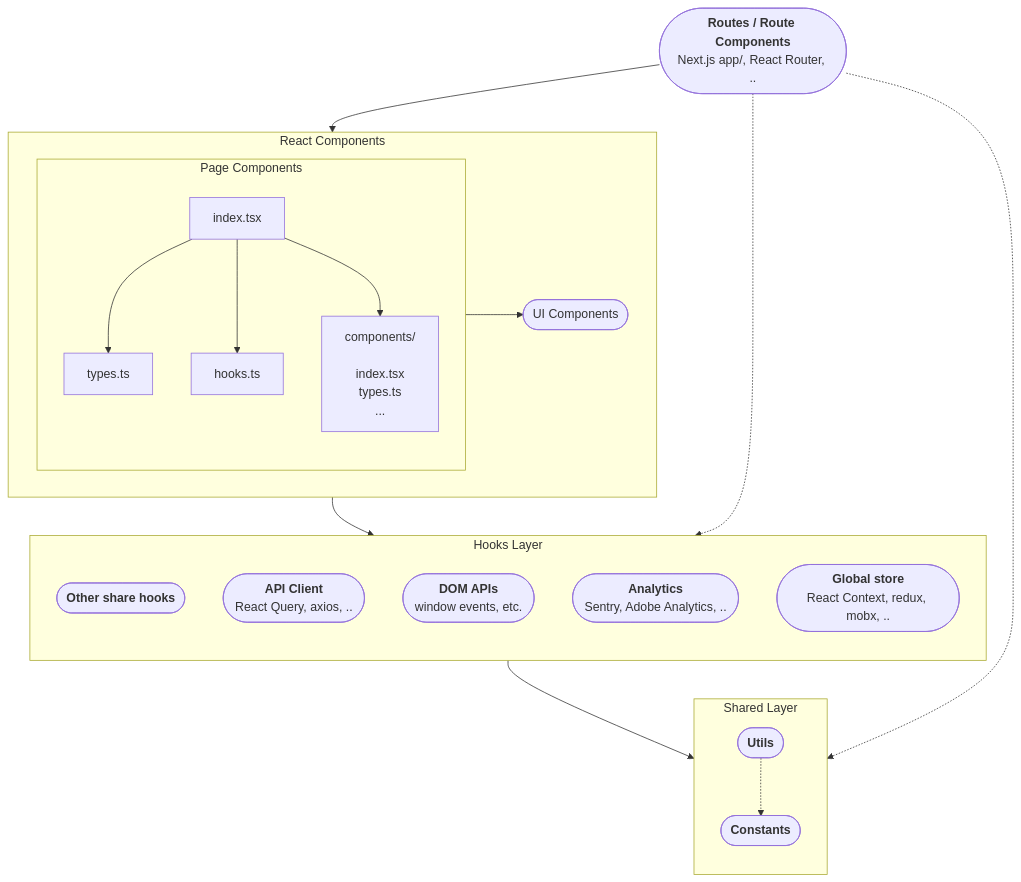
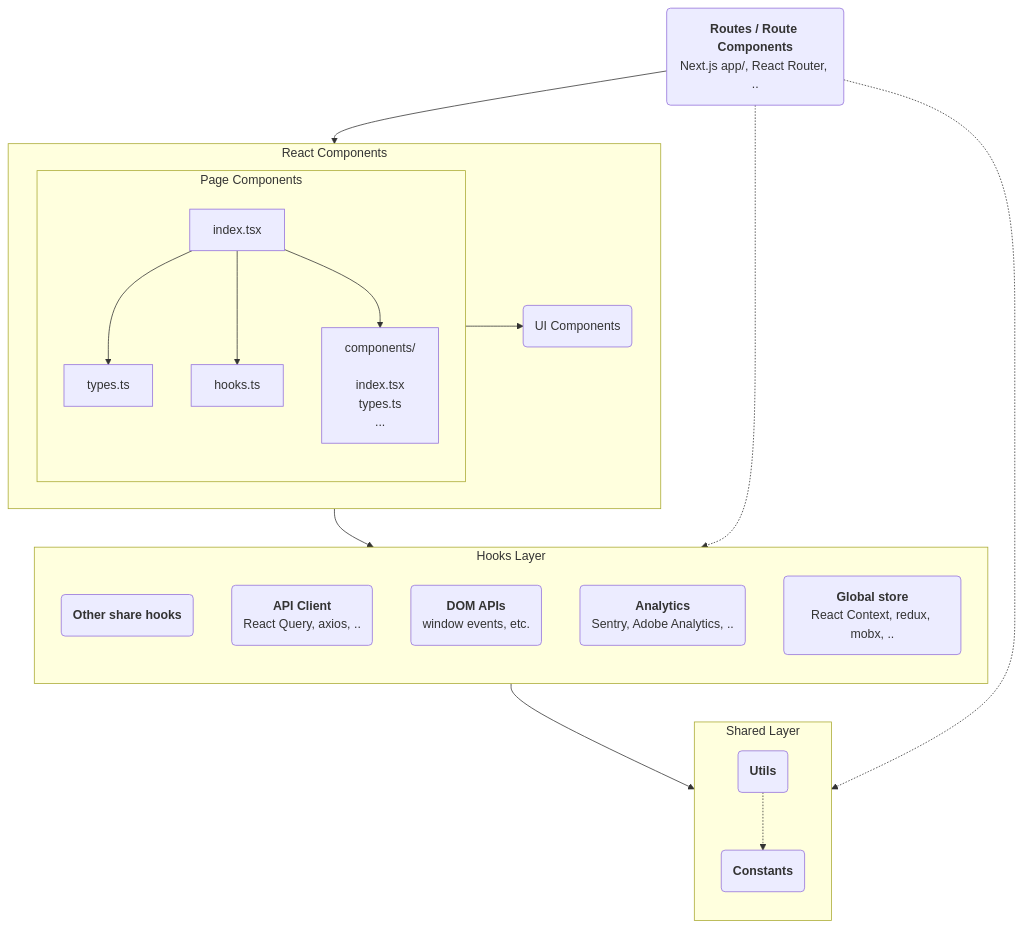
Before and after one commit to EthanLin-TWer/blog: the second of 3 diagrams in _posts/2023-12-10-react-unit-testing-best-practices.md, drawn with Mermaid. The commit also changed other lines of this file, not shown here.

Commit message:
🌞post: update to use little rounded rectangle

````diff
--- a/_posts/2023-12-10-react-unit-testing-best-practices.md
+++ b/_posts/2023-12-10-react-unit-testing-best-practices.md
@@ -97,62 +97,62 @@
 ```mermaid
 flowchart TB
-  route([<b>Routes / Route Components</b><br>Next.js app/, React Router, ..])
-  ui_components([UI Components])
-  shared_hooks([<b>Other share hooks</b>])
-  api([<b>API Client</b><br/>React Query, axios,  ..])
-  dom_effects([<b>DOM APIs</b><br/>window events, etc.])
-  analytics([<b>Analytics</b><br/>Sentry, Adobe Analytics, ..])
-  global_store([<b>Global store</b><br/>React Context, redux, mobx, ..])
+  route(<b>Routes / Route Components</b><br>Next.js app/, React Router, ..)
+  ui_components(UI Components)
+  shared_hooks(<b>Other share hooks</b>)
+  api(<b>API Client</b><br/>React Query, axios,  ..)
+  dom_effects(<b>DOM APIs</b><br/>window events, etc.)
+  analytics(<b>Analytics</b><br/>Sentry, Adobe Analytics, ..)
+  global_store(<b>Global store</b><br/>React Context, redux, mobx, ..)
     
-  utils([<b>Utils</b>])
-  constants([<b>Constants</b>])
+  utils(<b>Utils</b>)
+  constants(<b>Constants</b>)
 
   component_index[index.tsx]
   component_types[types.ts]
   component_hooks[hooks.ts]
   component_sub_components["components/<br/><br/>    index.tsx<br/>    types.ts<br/>    ..."]
 
   subgraph page_components [Page Components]
     direction TB
     component_index
     component_types
     component_hooks
     component_sub_components
 
     component_index --> component_types
     component_index --> component_hooks
     component_index --> component_sub_components
   end
   
   route --> components
   subgraph components [React Components]; 
     page_components
     ui_components
     page_components --> ui_components
   end
   
   components --> hooks
   route -.-> hooks
   subgraph hooks [Hooks Layer];
     direction TB
     shared_hooks
     api
     dom_effects
     analytics
     global_store
   end
   
   subgraph tools [Shared Layer]
     direction TB
     utils
     constants
 
     %% this can happen too
     utils -.-> constants
   end
   
   hooks --> tools
   %%  this can happen, but just to make the layers more explicit
   %%components --> tools
   route -.-> tools
 ```
````
